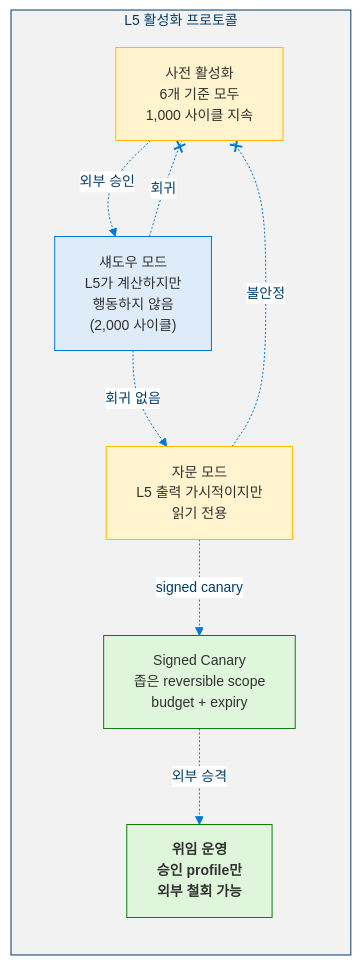
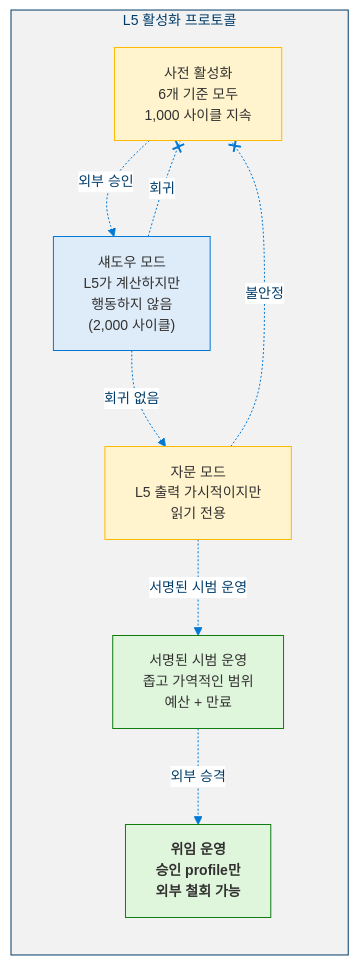
One commit to dotnetpower/mscp changed diagram 15 of 16 in docs/levels/Level_5_Proto_AGI.ko.md. Above: the diagram before and after it, drawn with Mermaid. The commit also changed other lines of this file and 33 other files, not shown here.

````diff
--- a/docs/levels/Level_5_Proto_AGI.ko.md
+++ b/docs/levels/Level_5_Proto_AGI.ko.md
@@ -1105,25 +1119,25 @@
 ```mermaid
 %%{init: {'theme': 'base', 'themeVariables': {'primaryColor': '#0078D4', 'primaryTextColor': '#003D6B', 'primaryBorderColor': '#003D6B', 'secondaryColor': '#50E6FF', 'secondaryTextColor': '#323130', 'secondaryBorderColor': '#00BCF2', 'tertiaryColor': '#F2F2F2', 'tertiaryTextColor': '#323130', 'lineColor': '#0078D4', 'textColor': '#323130', 'mainBkg': '#DEECF9', 'nodeBorder': '#0078D4', 'clusterBkg': '#F2F2F2', 'clusterBorder': '#003D6B', 'titleColor': '#003D6B', 'edgeLabelBackground': '#FFFFFF', 'fontSize': '14px'}}}%%
 flowchart LR
   classDef check fill:#FFF4CE,stroke:#FFB900,color:#323130
   classDef shadow fill:#DEECF9,stroke:#0078D4,color:#323130
   classDef adv fill:#FFF4CE,stroke:#FFB900,color:#323130
   classDef partial fill:#DFF6DD,stroke:#107C10,color:#323130
   classDef full fill:#DFF6DD,stroke:#107C10,color:#323130,font-weight:bold
 
   subgraph Activation["L5 활성화 프로토콜"]
     CHECK["사전 활성화<br/>6개 기준 모두<br/>1,000 사이클 지속"]:::check
     SHADOW_M["섀도우 모드<br/>L5가 계산하지만<br/>행동하지 않음<br/>(2,000 사이클)"]:::shadow
     ADV["자문 모드<br/>L5 출력 가시적이지만<br/>읽기 전용"]:::adv
-    PARTIAL["Signed Canary<br/>좁은 reversible scope<br/>budget + expiry"]:::partial
+    PARTIAL["서명된 시범 운영<br/>좁고 가역적인 범위<br/>예산 + 만료"]:::partial
     FULL["위임 운영<br/>승인 profile만<br/>외부 철회 가능"]:::full
 
     CHECK -.->|"외부 승인"| SHADOW_M
     SHADOW_M -.->|"회귀 없음"| ADV
-    ADV -.->|"signed canary"| PARTIAL
+    ADV -.->|"서명된 시범 운영"| PARTIAL
     PARTIAL -.->|"외부 승격"| FULL
 
     SHADOW_M -.-x|"회귀"| CHECK
     ADV -.-x|"불안정"| CHECK
   end
 ```
````
